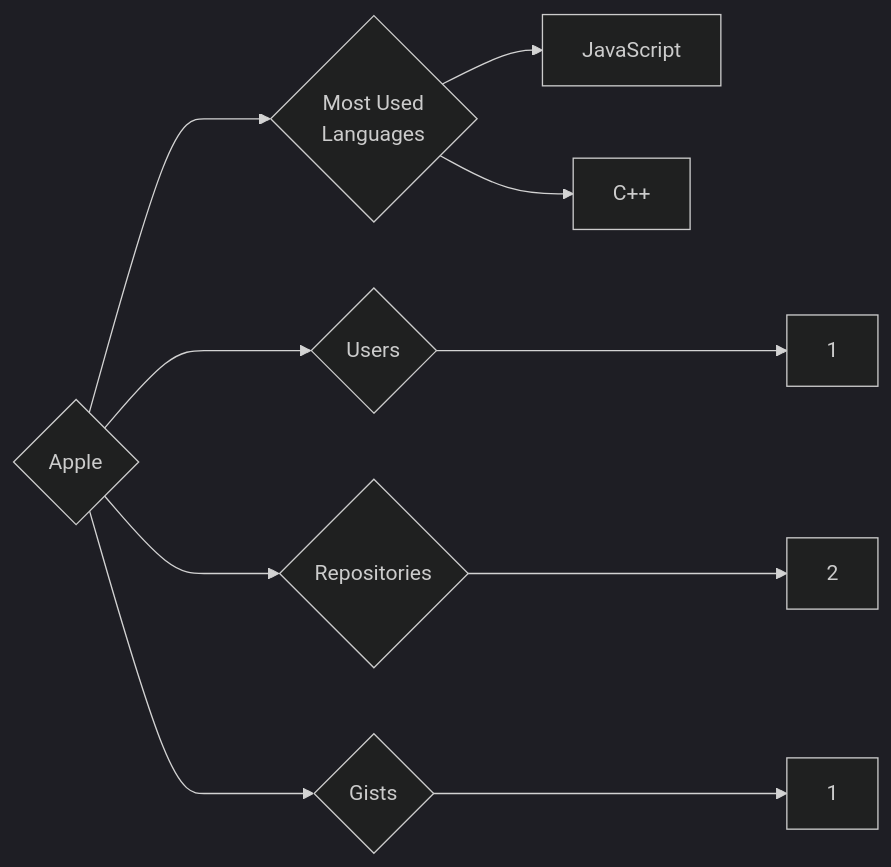
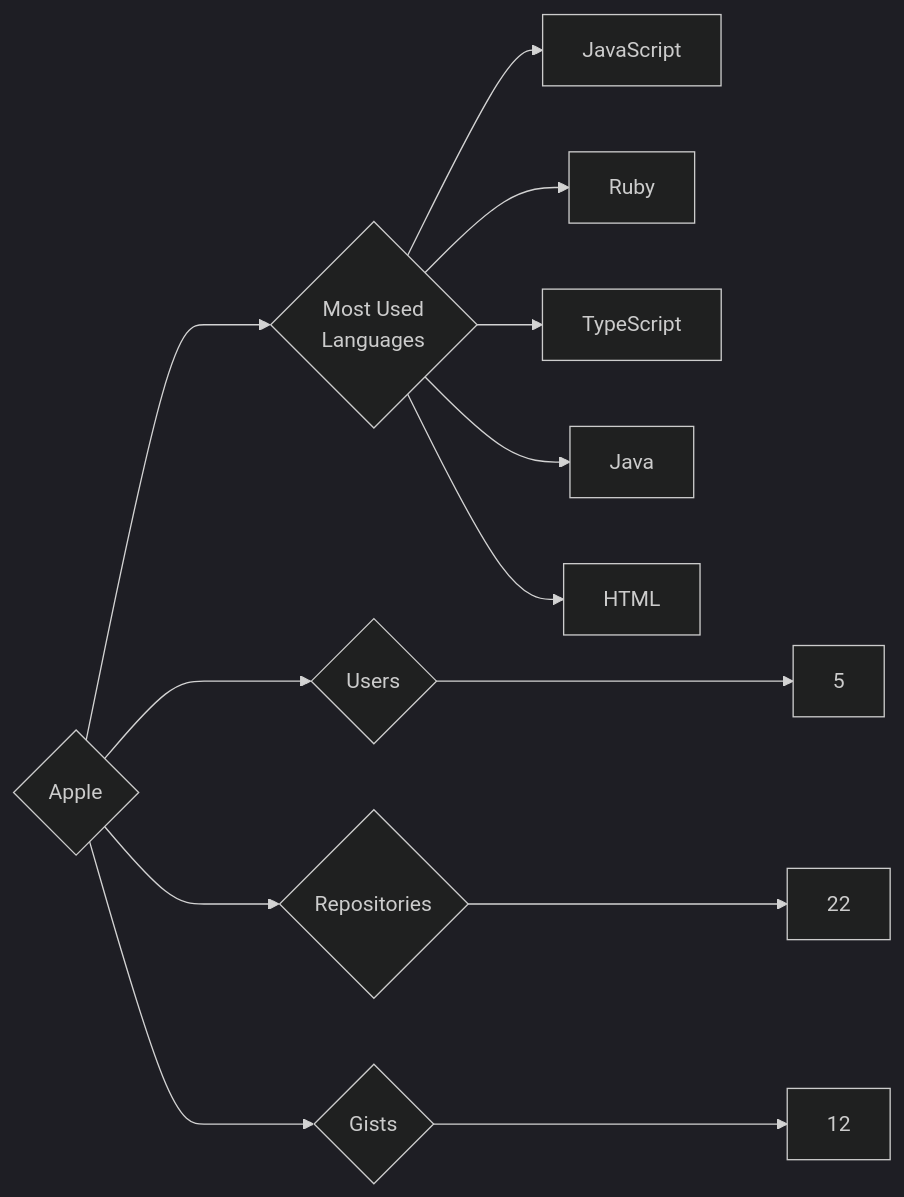
One commit to trickest/insiders changed the diagram in targets/Apple/README.md. Above: the diagram before and after it, drawn with Mermaid (dark theme). The commit also changed 985 other files, not shown here.

````diff
--- a/targets/Apple/README.md
+++ b/targets/Apple/README.md
@@ -3,10 +3,13 @@
 ```mermaid
 graph LR
 COMPANY_NAME{Apple}
-COMPANY_NAME ---> U{Users} ---> UN[1]
-COMPANY_NAME ---> R{Repositories} ---> RN[2]
-COMPANY_NAME ---> G{Gists} ---> GN[1]
+COMPANY_NAME ---> U{Users} ---> UN[5]
+COMPANY_NAME ---> R{Repositories} ---> RN[22]
+COMPANY_NAME ---> G{Gists} ---> GN[12]
 COMPANY_NAME ---> ML{Most Used<br>Languages}
 ML --> JavaScript[JavaScript]
-ML --> C++[C++]
+ML --> Ruby[Ruby]
+ML --> TypeScript[TypeScript]
+ML --> Java[Java]
+ML --> HTML[HTML]
 ```
````
